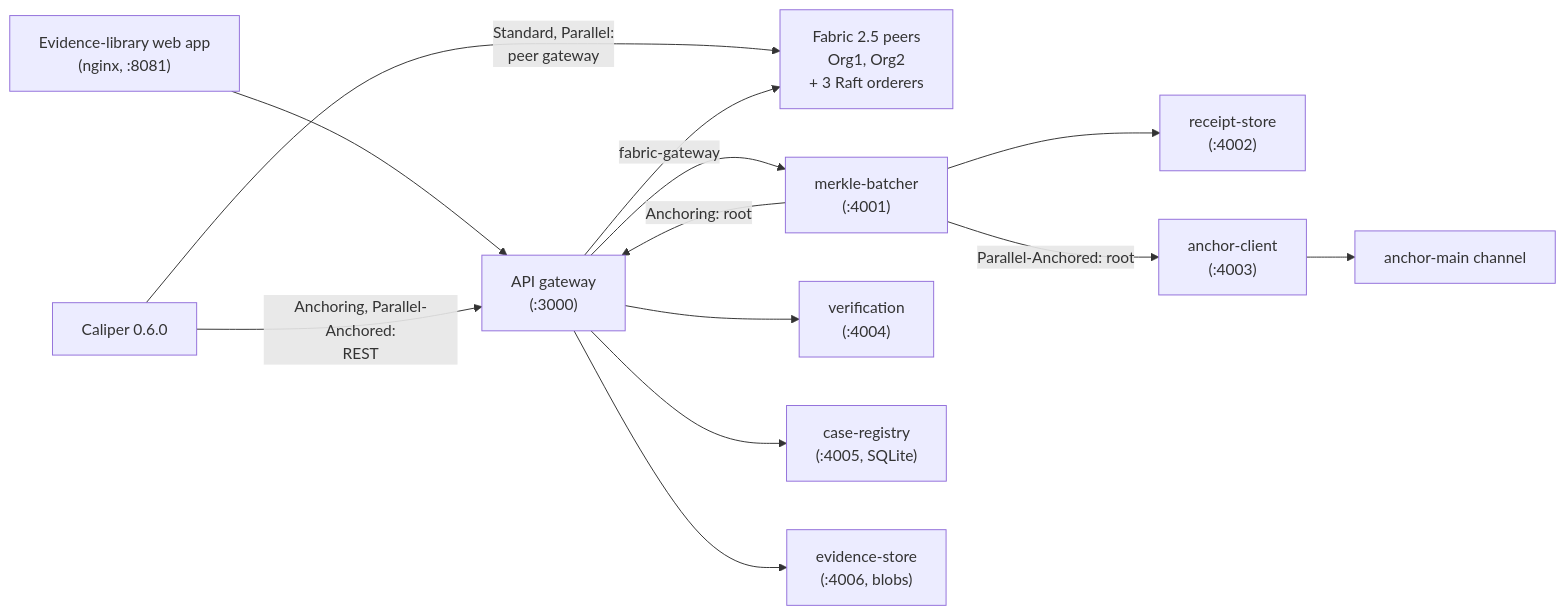
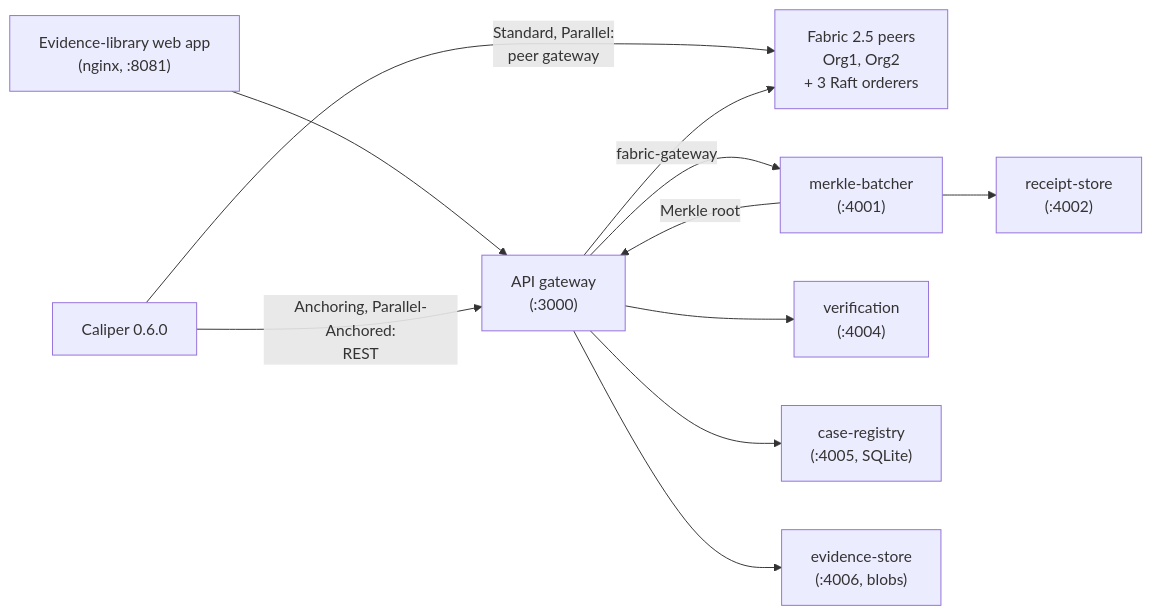
One commit to theflorist18/GLEIPNIR changed the first of 2 diagrams in README.md. Above: the diagram before and after it, drawn with Mermaid. The commit also changed other lines of this file and 56 other files, not shown here.

````diff
--- a/README.md
+++ b/README.md
@@ -64,15 +68,13 @@
 ```mermaid
 flowchart LR
   SPA["Evidence-library web app<br/>(nginx, :8081)"] --> GW["API gateway<br/>(:3000)"]
   CAL["Caliper 0.6.0"] -->|"Standard, Parallel:<br/>peer gateway"| PEERS
   CAL -->|"Anchoring, Parallel-Anchored:<br/>REST"| GW
   GW -->|"fabric-gateway"| PEERS["Fabric 2.5 peers<br/>Org1, Org2<br/>+ 3 Raft orderers"]
   GW --> MB["merkle-batcher<br/>(:4001)"]
   MB --> RS["receipt-store<br/>(:4002)"]
-  MB -->|"Anchoring: root"| GW
-  MB -->|"Parallel-Anchored: root"| AC["anchor-client<br/>(:4003)"]
-  AC --> ANCH["anchor-main channel"]
+  MB -->|"Merkle root"| GW
   GW --> VER["verification<br/>(:4004)"]
   GW --> CR["case-registry<br/>(:4005, SQLite)"]
   GW --> ES["evidence-store<br/>(:4006, blobs)"]
 ```
````
